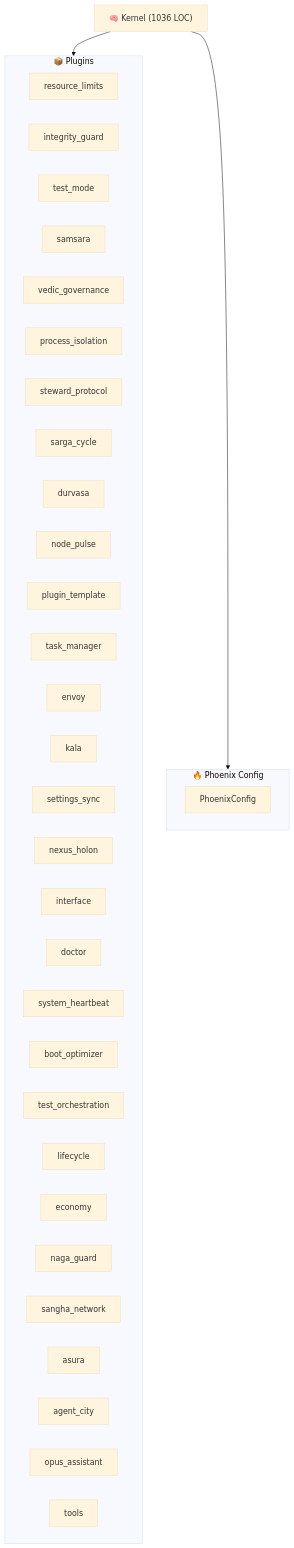
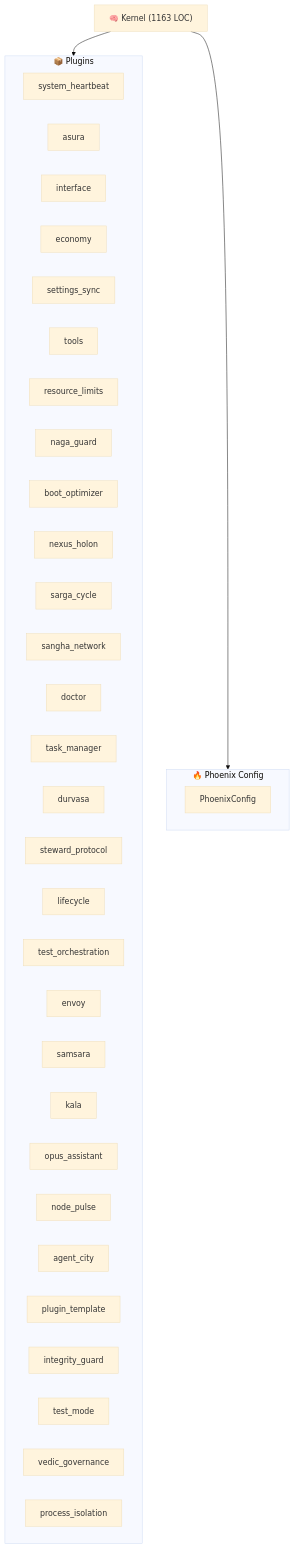
The diagram in ARCHITECTURE.md (kimeisele/steward-protocol), drawn with Mermaid (base theme) before and after one commit. The commit also changed other lines of this file and 10 other files, not shown here.

````diff
--- a/ARCHITECTURE.md
+++ b/ARCHITECTURE.md
@@ -8,40 +8,40 @@
 ```mermaid
 graph TB
-    K["🧠 Kernel (1036 LOC)"]
+    K["🧠 Kernel (1163 LOC)"]
     subgraph Plugins["📦 Plugins"]
+        P_system_heartbeat["system_heartbeat"]
+        P_asura["asura"]
+        P_interface["interface"]
+        P_economy["economy"]
+        P_settings_sync["settings_sync"]
+        P_tools["tools"]
         P_resource_limits["resource_limits"]
+        P_naga_guard["naga_guard"]
+        P_boot_optimizer["boot_optimizer"]
+        P_nexus_holon["nexus_holon"]
+        P_sarga_cycle["sarga_cycle"]
+        P_sangha_network["sangha_network"]
+        P_doctor["doctor"]
+        P_task_manager["task_manager"]
+        P_durvasa["durvasa"]
+        P_steward_protocol["steward_protocol"]
+        P_lifecycle["lifecycle"]
+        P_test_orchestration["test_orchestration"]
+        P_envoy["envoy"]
+        P_samsara["samsara"]
+        P_kala["kala"]
+        P_opus_assistant["opus_assistant"]
+        P_node_pulse["node_pulse"]
+        P_agent_city["agent_city"]
+        P_plugin_template["plugin_template"]
         P_integrity_guard["integrity_guard"]
         P_test_mode["test_mode"]
-        P_samsara["samsara"]
         P_vedic_governance["vedic_governance"]
         P_process_isolation["process_isolation"]
-        P_steward_protocol["steward_protocol"]
-        P_sarga_cycle["sarga_cycle"]
-        P_durvasa["durvasa"]
-        P_node_pulse["node_pulse"]
-        P_plugin_template["plugin_template"]
-        P_task_manager["task_manager"]
-        P_envoy["envoy"]
-        P_kala["kala"]
-        P_settings_sync["settings_sync"]
-        P_nexus_holon["nexus_holon"]
-        P_interface["interface"]
-        P_doctor["doctor"]
-        P_system_heartbeat["system_heartbeat"]
-        P_boot_optimizer["boot_optimizer"]
-        P_test_orchestration["test_orchestration"]
-        P_lifecycle["lifecycle"]
-        P_economy["economy"]
-        P_naga_guard["naga_guard"]
-        P_sangha_network["sangha_network"]
-        P_asura["asura"]
-        P_agent_city["agent_city"]
-        P_opus_assistant["opus_assistant"]
-        P_tools["tools"]
     end
     K --> Plugins
     subgraph Config["🔥 Phoenix Config"]
         PC[PhoenixConfig]
     end
     K --> Config
 ```
````
